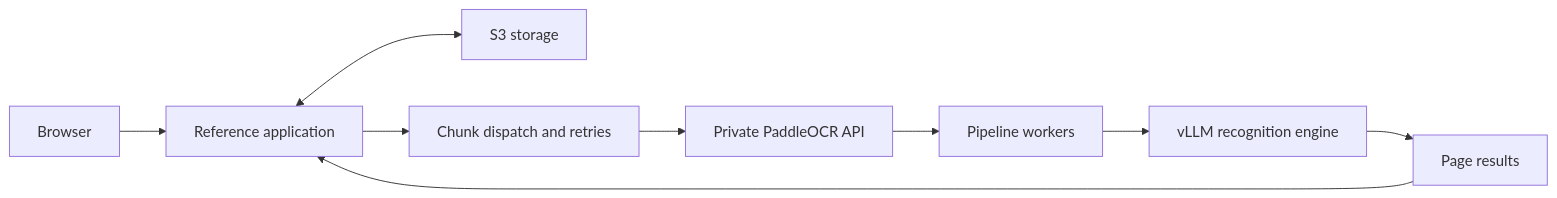
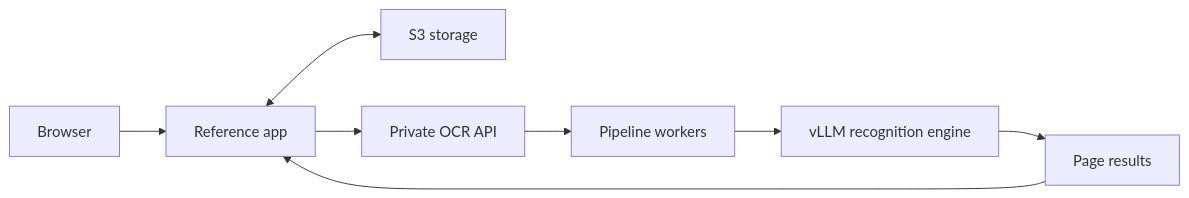
The diagram in README.md (porter-dev/paddleocr-k8s), drawn with Mermaid before and after one commit. The commit also changed other lines of this file and 6 other files, not shown here.

````diff
--- a/README.md
+++ b/README.md
@@ -7,11 +9,10 @@
 ```mermaid
 flowchart LR
-  Browser --> App[Reference application]
+  Browser --> App[Reference app]
   App <--> S3[S3 storage]
-  App --> Queue[Chunk dispatch and retries]
-  Queue --> OCR[Private PaddleOCR API]
-  OCR --> Workers[Pipeline workers]
-  Workers --> VLM[vLLM recognition engine]
-  VLM --> Results[Page results]
+  App --> OCR[Private OCR API]
+  OCR --> Pipeline[Pipeline workers]
+  Pipeline --> Model[vLLM recognition engine]
+  Model --> Results[Page results]
   Results --> App
 ```
````
